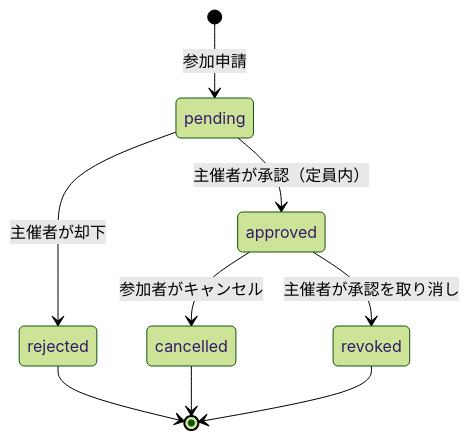
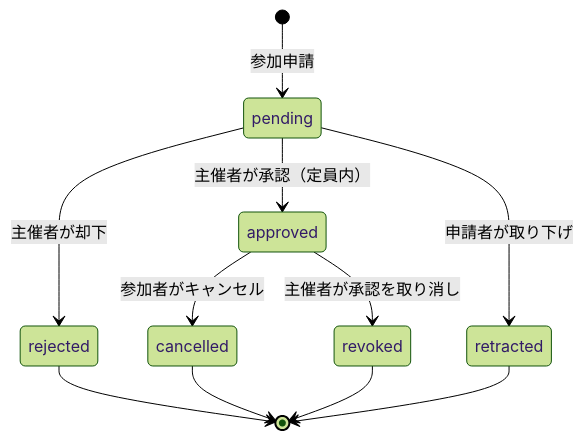
The second of 2 diagrams in docs/06_データベース設計.md (sysnovastudio-byte/nagoya-volleyball-matching), drawn with Mermaid (forest theme) before and after one commit. The commit also changed other lines of this file and 10 other files, not shown here.

````diff
--- a/docs/06_データベース設計.md
+++ b/docs/06_データベース設計.md
@@ -150,11 +159,13 @@
 ```mermaid
 stateDiagram-v2
     [*] --> pending : 参加申請
     pending --> approved : 主催者が承認（定員内）
     pending --> rejected : 主催者が却下
+    pending --> retracted : 申請者が取り下げ
     approved --> cancelled : 参加者がキャンセル
     approved --> revoked : 主催者が承認を取り消し
     rejected --> [*]
     cancelled --> [*]
     revoked --> [*]
+    retracted --> [*]
 ```
````
